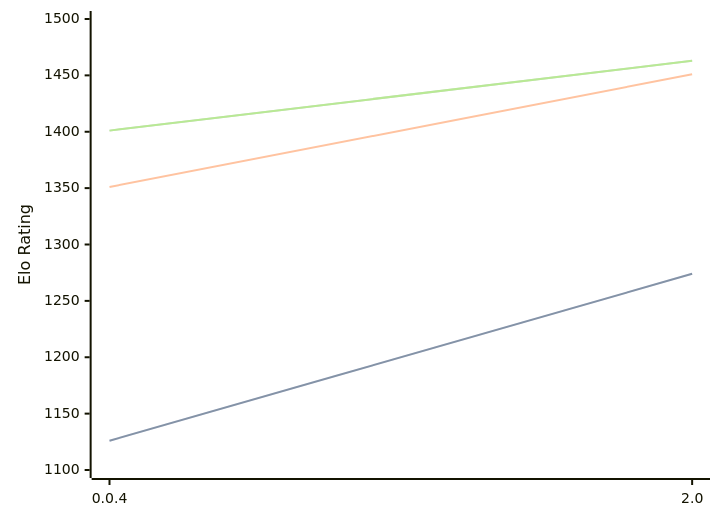
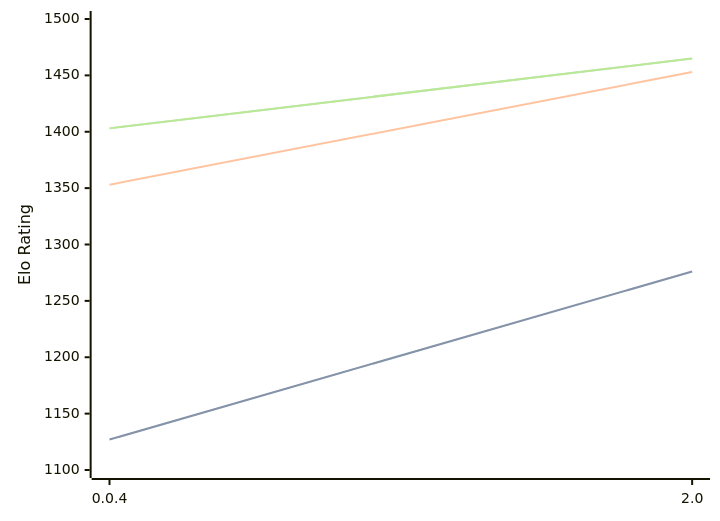
The diagram in engines/Oops!Mate.md (computer-chess-index/cci), drawn with Mermaid before and after one commit. The commit also changed other lines of this file, not shown here.

Commit message:
Update CCI Ratings (ELO VLTC) - 2026-07-25

````diff
--- a/engines/Oops!Mate.md
+++ b/engines/Oops!Mate.md
@@ -52,11 +52,11 @@
 ```mermaid
 %%{init: {"theme":"base","themeVariables":{"seriesColors:['#a3a3a3','#222221','#faa371']}}}%%
 xychart-beta
   x-axis ["0.0.4", "2.0"]
   y-axis "Elo Rating" 1100 --> 1500
-  line "STC (8.0+0.08s)" [1126, 1274]
-  line "STC (8.0+0.08s)" [1126, 1274]
-  line "LTC (60.0+0.60s)" [1351, 1451]
-  line "VLTC (2m24s+1.12s)" [1401, 1463]
-  line "VLTC (2m24s+1.12s)" [1401, 1463]
+  line "STC (8.0+0.08s)" [1127, 1276]
+  line "STC (8.0+0.08s)" [1127, 1276]
+  line "LTC (60.0+0.60s)" [1353, 1453]
+  line "VLTC (2m24s+1.12s)" [1403, 1465]
+  line "VLTC (2m24s+1.12s)" [1403, 1465]
 ```
````
